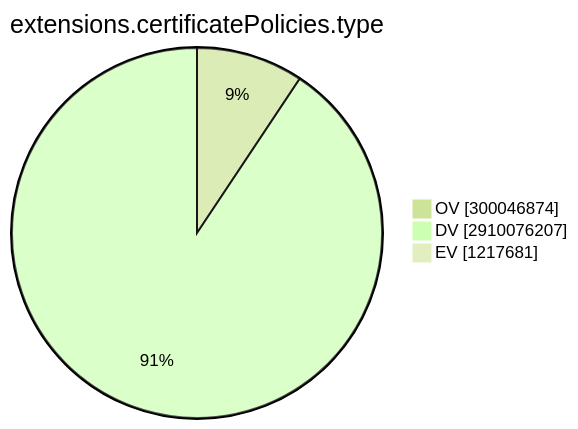
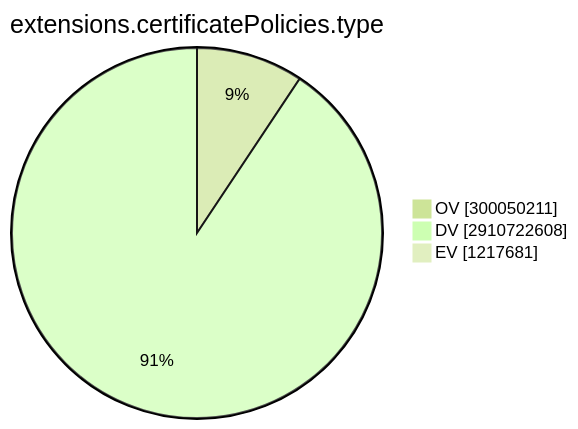
The ninth of 15 diagrams in TOTAL/README.md (christiankrug/ctmonitor_visualization), drawn with Mermaid (forest theme) before and after one commit. The commit also changed other lines of this file, not shown here.

````diff
--- a/TOTAL/README.md
+++ b/TOTAL/README.md
@@ -3101,7 +3101,7 @@
 ```mermaid
 pie showData
 title extensions.certificatePolicies.type
-"OV" :300046874
-"DV" :2910076207
+"OV" :300050211
+"DV" :2910722608
 "EV" :1217681
 ```
````
